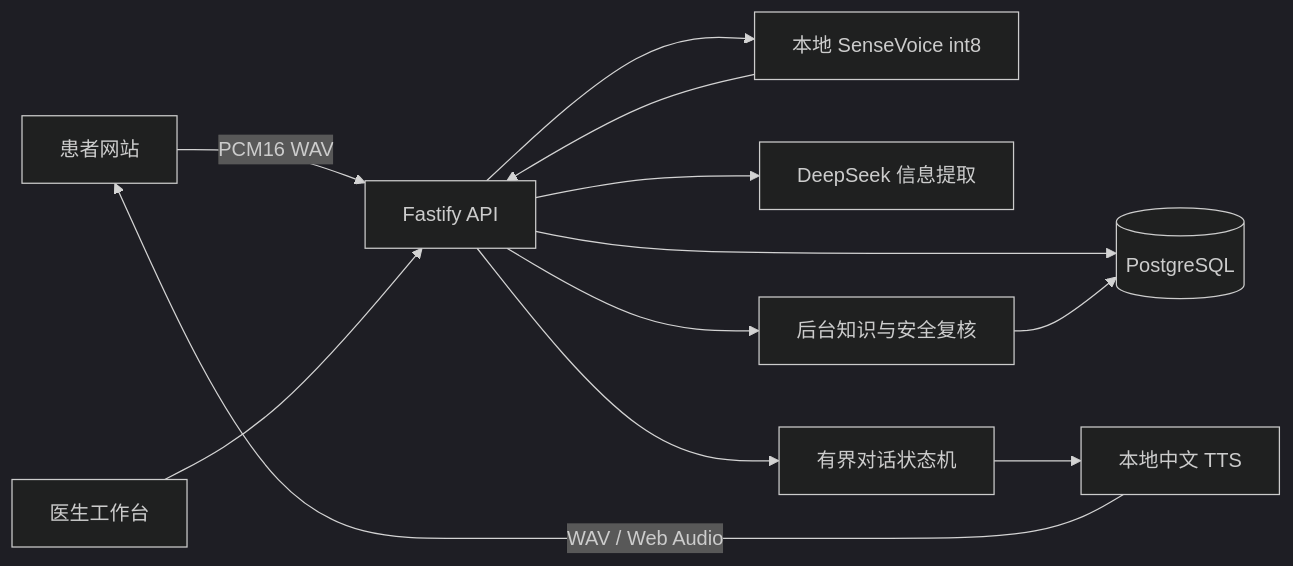
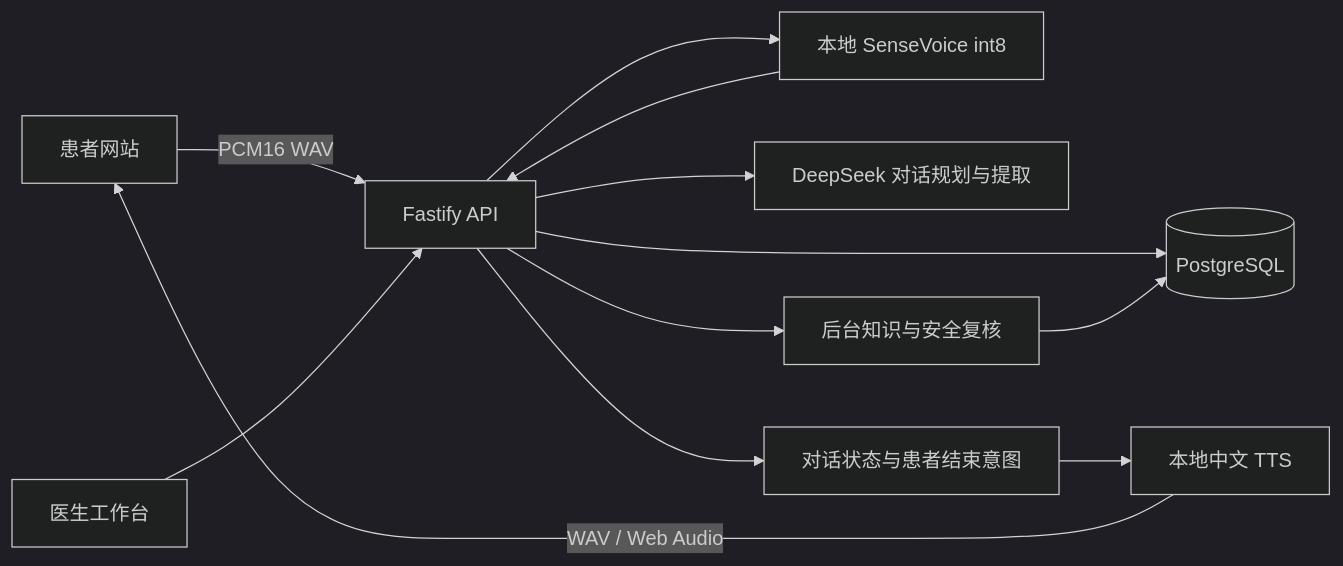
One commit to lzywzh/heart-followup-web changed the diagram in README.md. Above: the diagram before and after it, drawn with Mermaid (dark theme). The commit also changed other lines of this file and 16 other files, not shown here.

````diff
--- a/README.md
+++ b/README.md
@@ -16,14 +16,14 @@
 ```mermaid
 flowchart LR
   P[患者网站] -->|PCM16 WAV| API[Fastify API]
   D[医生工作台] --> API
   API --> DB[(PostgreSQL)]
   API --> ASR[本地 SenseVoice int8]
   ASR --> API
-  API --> LLM[DeepSeek 信息提取]
-  API --> F[有界对话状态机]
+  API --> LLM[DeepSeek 对话规划与提取]
+  API --> F[对话状态与患者结束意图]
   F --> TTS[本地中文 TTS]
   TTS -->|WAV / Web Audio| P
   API --> J[后台知识与安全复核]
   J --> DB
 ```
````
